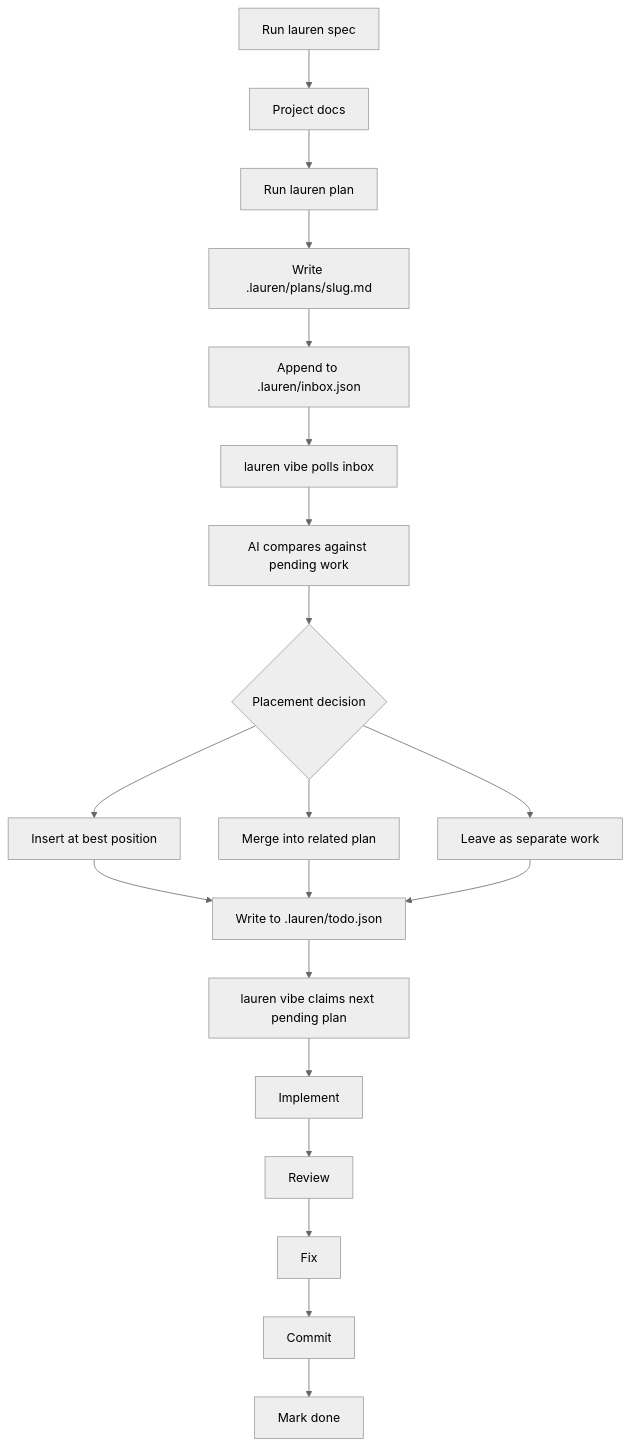
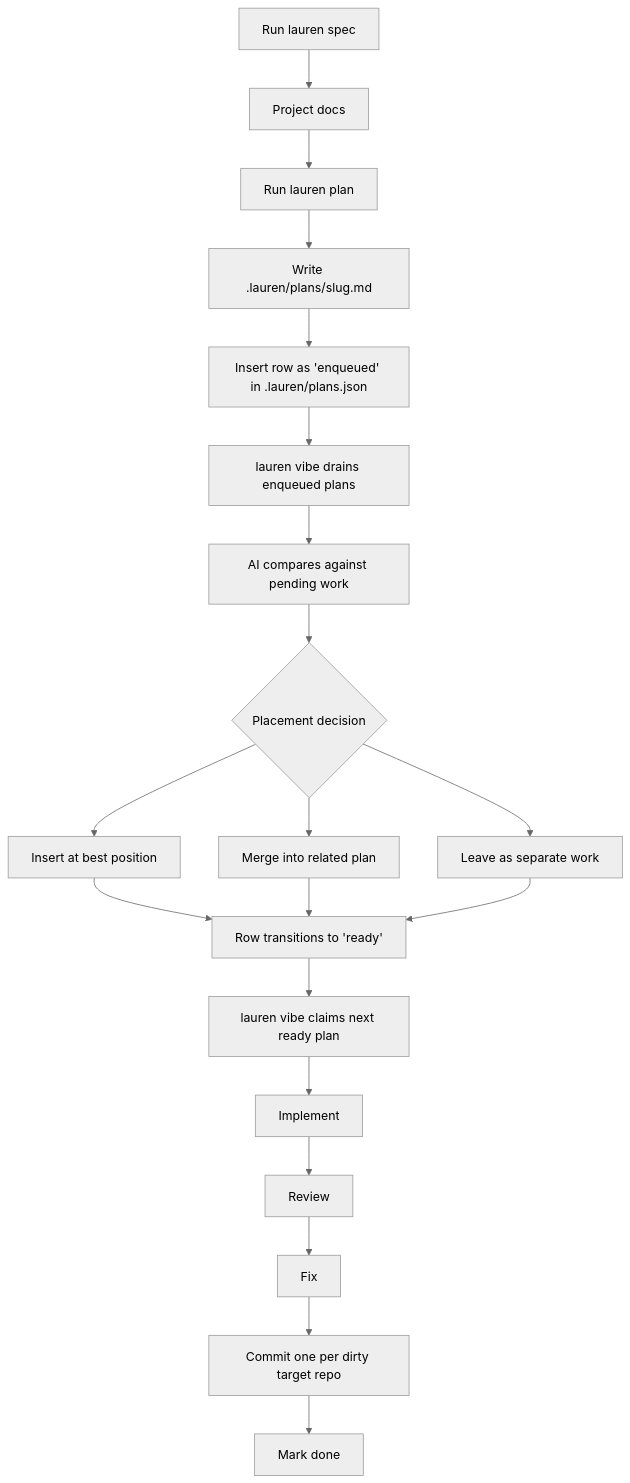
The first of 3 diagrams in README.md (ofux/lauren), drawn with Mermaid (neutral theme) before and after one commit. The commit also changed other lines of this file and 32 other files, not shown here.

````diff
--- a/README.md
+++ b/README.md
@@ -100,22 +108,22 @@
 ```mermaid
 flowchart TD
   A[Run lauren spec] --> B[Project docs]
   B --> C[Run lauren plan]
   C --> D[Write .lauren/plans/slug.md]
-  D --> E[Append to .lauren/inbox.json]
-  E --> R[lauren vibe polls inbox]
+  D --> E[Insert row as 'enqueued' in .lauren/plans.json]
+  E --> R[lauren vibe drains enqueued plans]
   R --> F[AI compares against pending work]
   F --> N{Placement decision}
   N --> O[Insert at best position]
   N --> P[Merge into related plan]
   N --> Q[Leave as separate work]
-  O --> S[Write to .lauren/todo.json]
+  O --> S[Row transitions to 'ready']
   P --> S
   Q --> S
-  S --> G[lauren vibe claims next pending plan]
+  S --> G[lauren vibe claims next ready plan]
   G --> I[Implement]
   I --> J[Review]
   J --> K[Fix]
-  K --> L[Commit]
+  K --> L[Commit one per dirty target repo]
   L --> M[Mark done]
 ```
````
